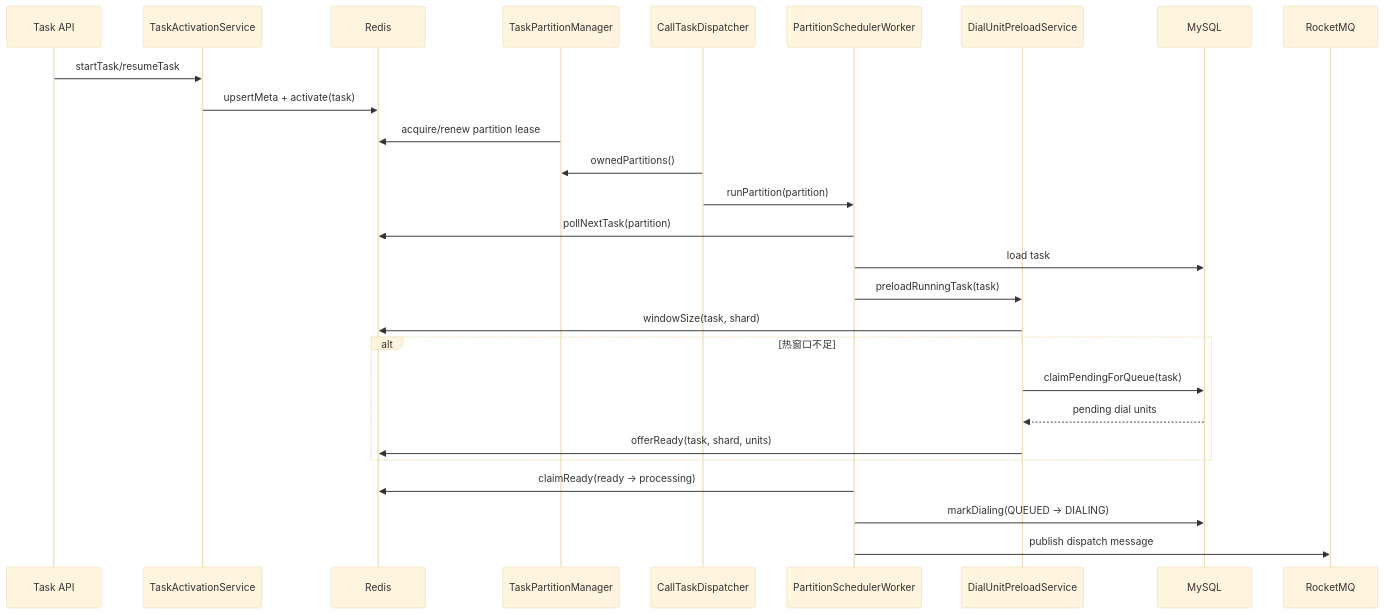
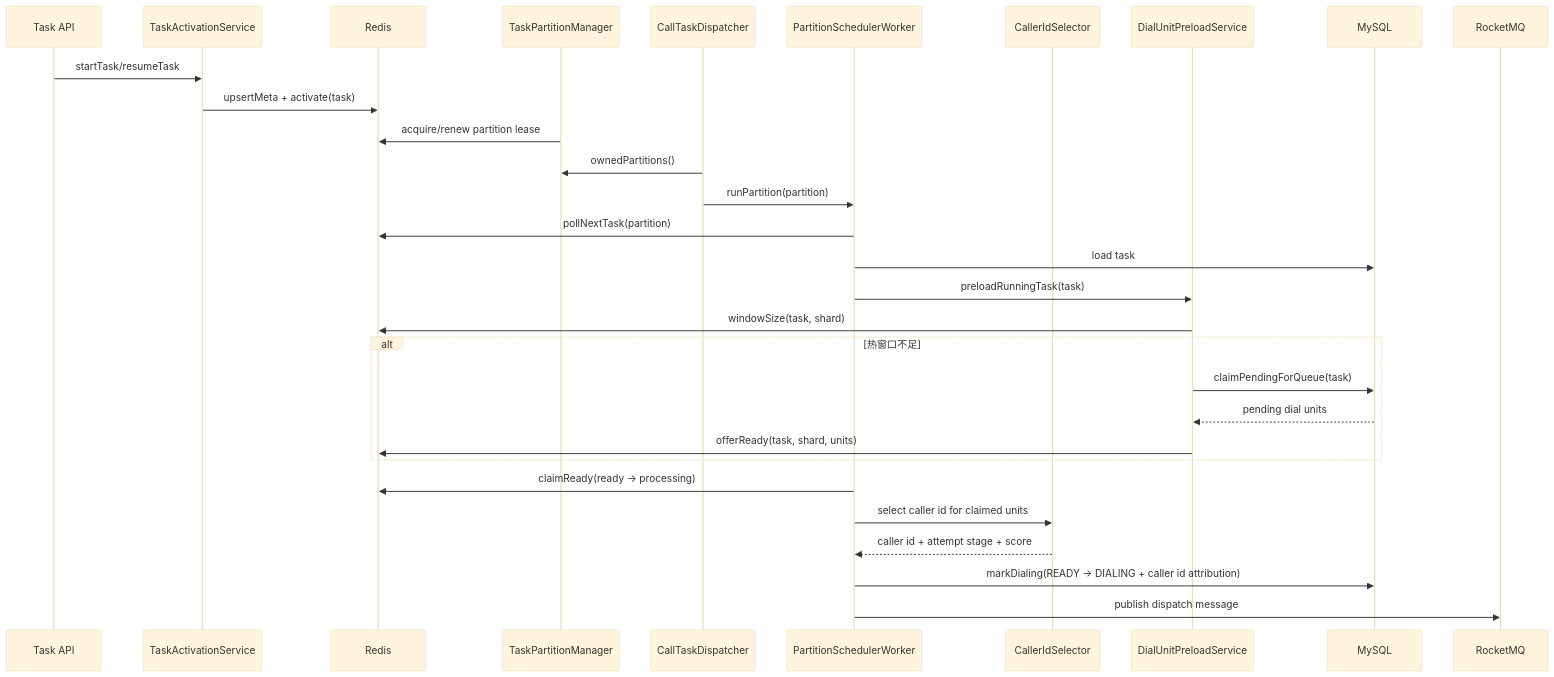
One commit to foxgo/call changed the third of 4 diagrams in docs/call-task-number-scheduling-architecture.md. Above: the diagram before and after it, drawn with Mermaid (base theme). The commit also changed other lines of this file and 44 other files, not shown here.

````diff
--- a/docs/call-task-number-scheduling-architecture.md
+++ b/docs/call-task-number-scheduling-architecture.md
@@ -309,30 +320,33 @@
 ```mermaid
 sequenceDiagram
     participant API as Task API
     participant TAS as TaskActivationService
     participant Redis as Redis
     participant TPM as TaskPartitionManager
     participant D as CallTaskDispatcher
     participant W as PartitionSchedulerWorker
+    participant CID as CallerIdSelector
     participant Preload as DialUnitPreloadService
     participant DB as MySQL
     participant MQ as RocketMQ
 
     API->>TAS: startTask/resumeTask
     TAS->>Redis: upsertMeta + activate(task)
     TPM->>Redis: acquire/renew partition lease
     D->>TPM: ownedPartitions()
     D->>W: runPartition(partition)
     W->>Redis: pollNextTask(partition)
     W->>DB: load task
     W->>Preload: preloadRunningTask(task)
     Preload->>Redis: windowSize(task, shard)
     alt 热窗口不足
         Preload->>DB: claimPendingForQueue(task)
         DB-->>Preload: pending dial units
         Preload->>Redis: offerReady(task, shard, units)
     end
     W->>Redis: claimReady(ready -> processing)
-    W->>DB: markDialing(QUEUED -> DIALING)
+    W->>CID: select caller id for claimed units
+    CID-->>W: caller id + attempt stage + score
+    W->>DB: markDialing(READY -> DIALING + caller id attribution)
     W->>MQ: publish dispatch message
 ```
````
